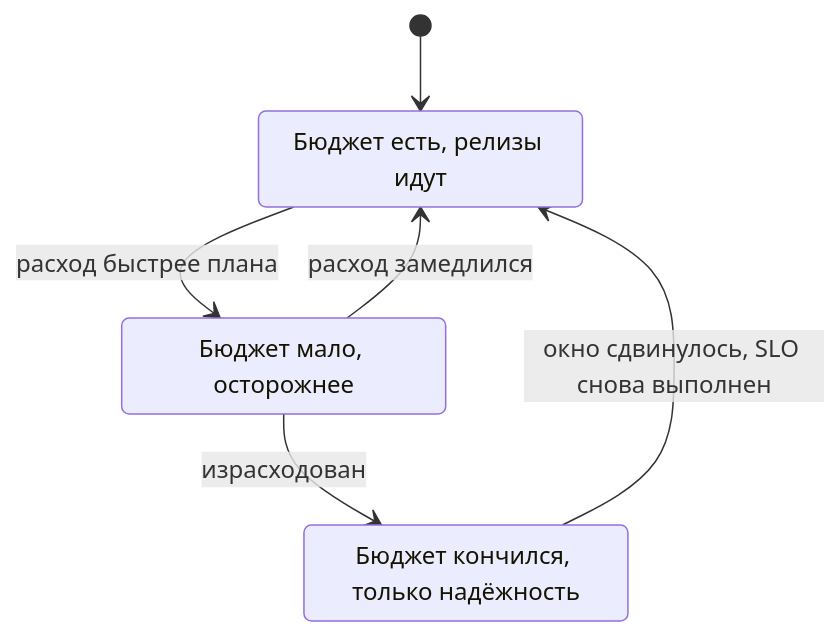
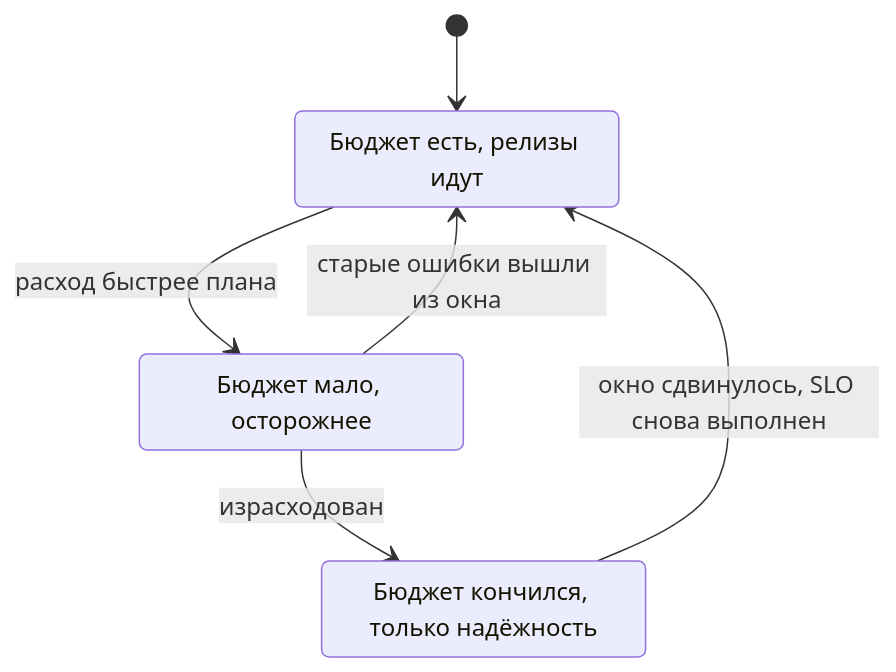
The third of 3 diagrams in monitoring/01-basics/02-sli-slo.md (distinguished-sre/learning), drawn with Mermaid before and after one commit. The commit also changed other lines of this file and 462 other files, not shown here.

````diff
--- a/monitoring/01-basics/02-sli-slo.md
+++ b/monitoring/01-basics/02-sli-slo.md
@@ -168,11 +194,11 @@
 ```mermaid
 stateDiagram-v2
     [*] --> Есть
     Есть --> Мало: расход быстрее плана
-    Мало --> Есть: расход замедлился
+    Мало --> Есть: старые ошибки вышли из окна
     Мало --> Кончился: израсходован
     Кончился --> Есть: окно сдвинулось, SLO снова выполнен
     Есть: Бюджет есть, релизы идут
     Мало: Бюджет мало, осторожнее
     Кончился: Бюджет кончился, только надёжность
 ```
````
